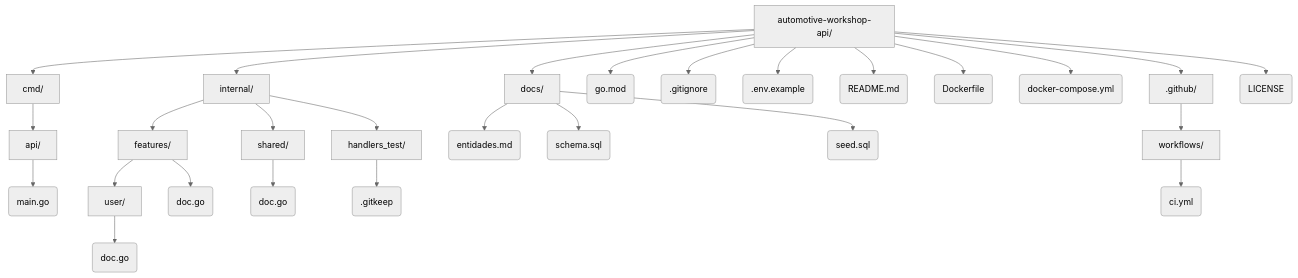
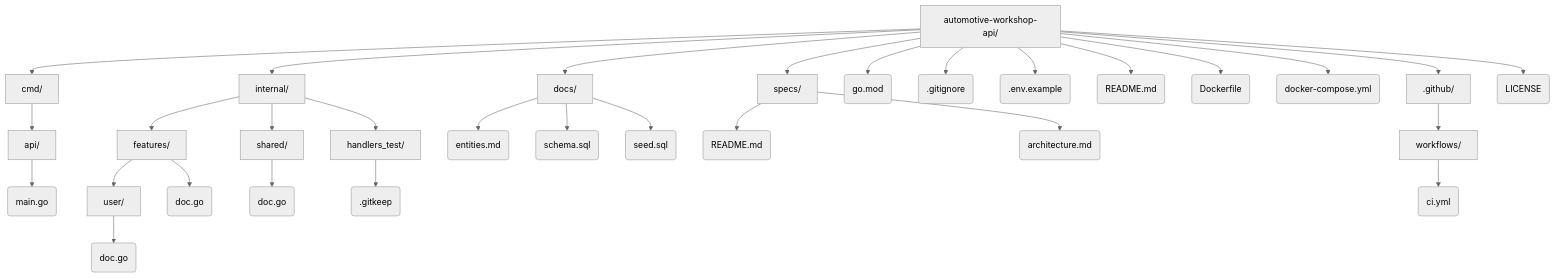
Before and after one commit to Os-Fiapudos/automotive-workshop-api: the diagram in README.md, drawn with Mermaid (neutral theme). The commit also changed other lines of this file and 11 other files, not shown here.

````diff
--- a/README.md
+++ b/README.md
@@ -52,56 +52,62 @@
 ```mermaid
 flowchart TD
   n0["automotive-workshop-api/"]
   n1["cmd/"]
   n0 --> n1
   n2["api/"]
   n1 --> n2
   n3("main.go")
   n2 --> n3
   n4["internal/"]
   n0 --> n4
   n5["features/"]
   n4 --> n5
   n6["user/"]
   n5 --> n6
   n7("doc.go")
   n6 --> n7
   n8("doc.go")
   n5 --> n8
   n9["shared/"]
   n4 --> n9
   n10("doc.go")
   n9 --> n10
   n11["handlers_test/"]
   n4 --> n11
   n12(".gitkeep")
   n11 --> n12
   n21["docs/"]
   n0 --> n21
-  n22("entidades.md")
+  n22("entities.md")
   n21 --> n22
   n23("schema.sql")
   n21 --> n23
   n26("seed.sql")
   n21 --> n26
+  n27["specs/"]
+  n0 --> n27
+  n28("README.md")
+  n27 --> n28
+  n29("architecture.md")
+  n27 --> n29
   n13("go.mod")
   n0 --> n13
   n14(".gitignore")
   n0 --> n14
   n24(".env.example")
   n0 --> n24
   n15("README.md")
   n0 --> n15
   n16("Dockerfile")
   n0 --> n16
   n25("docker-compose.yml")
   n0 --> n25
   n17[".github/"]
   n0 --> n17
   n18["workflows/"]
   n17 --> n18
   n19("ci.yml")
   n18 --> n19
   n20("LICENSE")
   n0 --> n20
 ```
````
